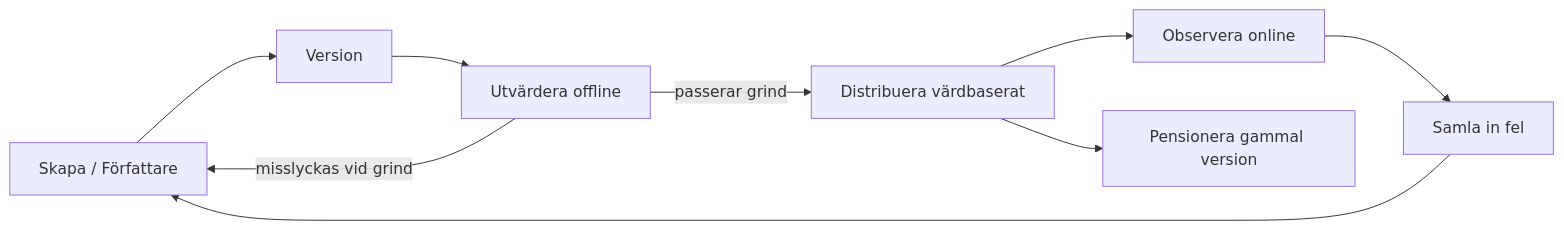
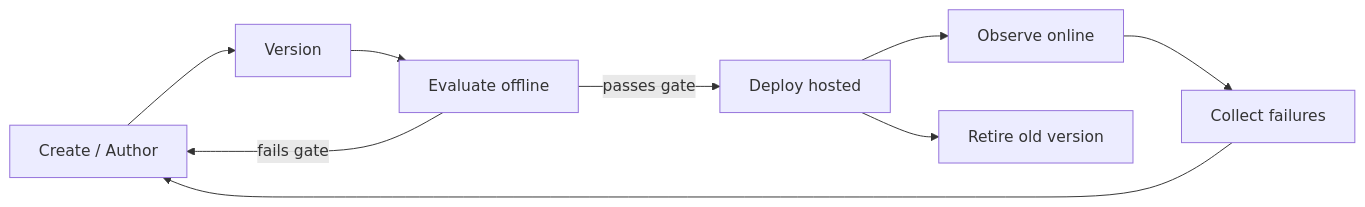
Before and after one commit to gabrielmoreira/agent-skills-mirror: the second of 4 diagrams in mirrors/repos/microsoft@ai-agents-for-beginners/translations/sv/16-deploying-scalable-agents/README.md, drawn with Mermaid. The commit also changed other lines of this file and 5918 other files, not shown here.

````diff
--- a/mirrors/repos/microsoft@ai-agents-for-beginners/translations/sv/16-deploying-scalable-agents/README.md
+++ b/mirrors/repos/microsoft@ai-agents-for-beginners/translations/sv/16-deploying-scalable-agents/README.md
@@ -108,11 +108,11 @@
 ```mermaid
 flowchart LR
-    Create[Skapa / Författare] --> Version[Version]
-    Version --> Evaluate[Utvärdera offline]
-    Evaluate -->|passerar grind| Deploy[Distribuera värdbaserat]
-    Evaluate -->|misslyckas vid grind| Create
-    Deploy --> Observe[Observera online]
-    Observe --> Improve[Samla in fel]
+    Create[Create / Author] --> Version[Version]
+    Version --> Evaluate[Evaluate offline]
+    Evaluate -->|passes gate| Deploy[Deploy hosted]
+    Evaluate -->|fails gate| Create
+    Deploy --> Observe[Observe online]
+    Observe --> Improve[Collect failures]
     Improve --> Create
-    Deploy --> Retire[Pensionera gammal version]
+    Deploy --> Retire[Retire old version]
 ```
````
